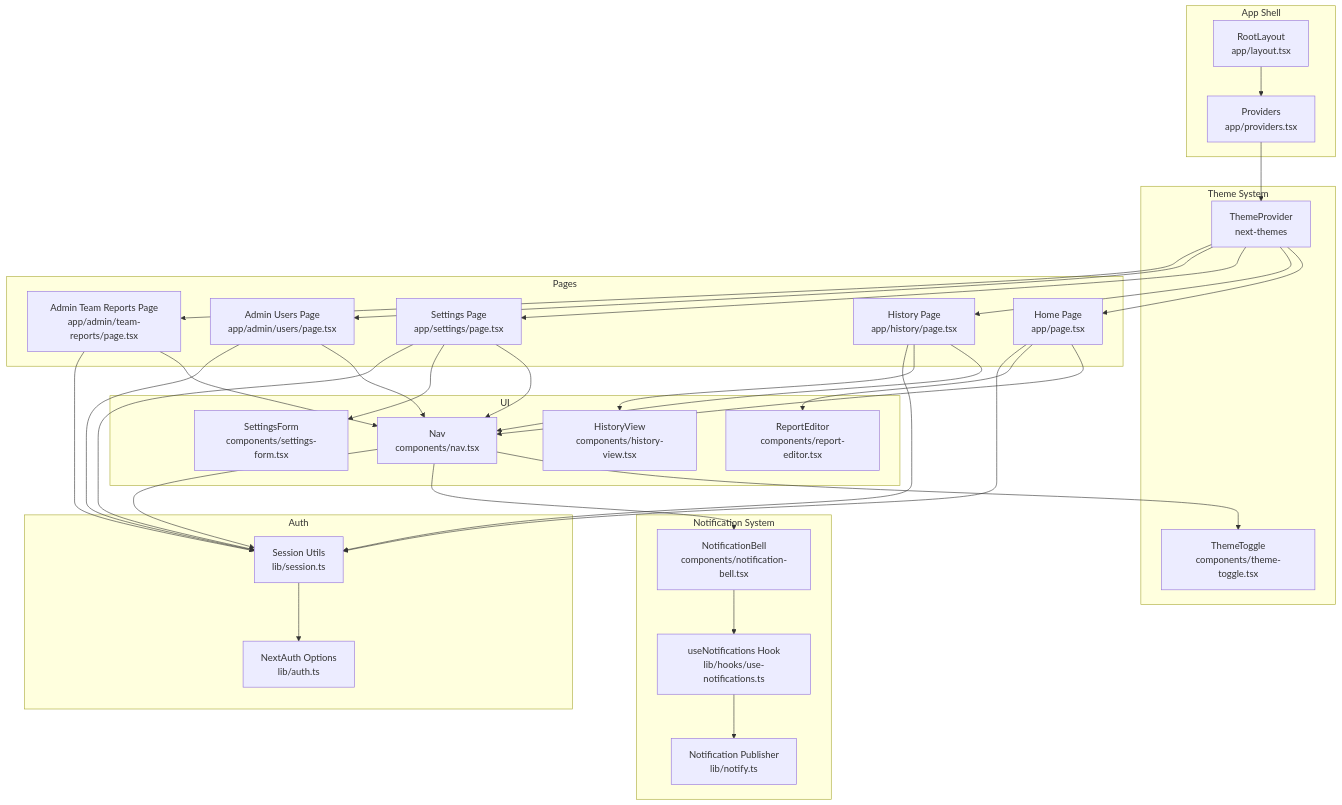
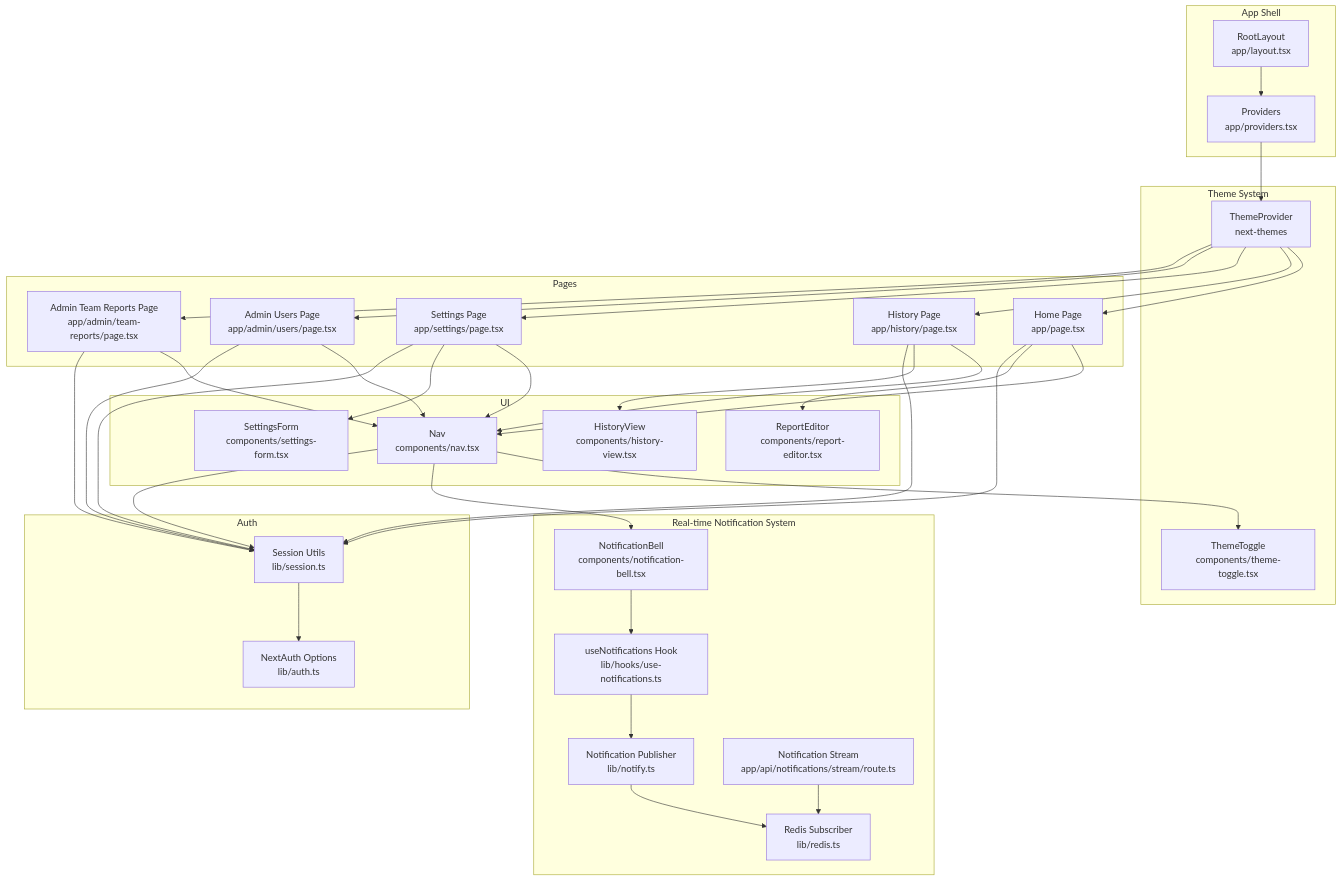
The first of 10 diagrams in .qoder/repowiki/en/content/Frontend Components/Navigation and UI Elements.md (jrj444/git-daily), drawn with Mermaid before and after one commit. The commit also changed other lines of this file and 6 other files, not shown here.

````diff
--- a/.qoder/repowiki/en/content/Frontend Components/Navigation and UI Elements.md
+++ b/.qoder/repowiki/en/content/Frontend Components/Navigation and UI Elements.md
@@ -64,59 +69,63 @@
 ```mermaid
 graph TB
 subgraph "App Shell"
 L["RootLayout<br/>app/layout.tsx"]
 P["Providers<br/>app/providers.tsx"]
 end
 subgraph "Theme System"
 TP["ThemeProvider<br/>next-themes"]
 TT["ThemeToggle<br/>components/theme-toggle.tsx"]
 end
-subgraph "Notification System"
+subgraph "Real-time Notification System"
 NB["NotificationBell<br/>components/notification-bell.tsx"]
 UN["useNotifications Hook<br/>lib/hooks/use-notifications.ts"]
 NP["Notification Publisher<br/>lib/notify.ts"]
+RS["Redis Subscriber<br/>lib/redis.ts"]
+NS["Notification Stream<br/>app/api/notifications/stream/route.ts"]
 end
 subgraph "Pages"
 H["Home Page<br/>app/page.tsx"]
 HI["History Page<br/>app/history/page.tsx"]
 S["Settings Page<br/>app/settings/page.tsx"]
 AU["Admin Users Page<br/>app/admin/users/page.tsx"]
 AT["Admin Team Reports Page<br/>app/admin/team-reports/page.tsx"]
 end
 subgraph "UI"
 N["Nav<br/>components/nav.tsx"]
 RE["ReportEditor<br/>components/report-editor.tsx"]
 HF["HistoryView<br/>components/history-view.tsx"]
 SF["SettingsForm<br/>components/settings-form.tsx"]
 end
 subgraph "Auth"
 AO["NextAuth Options<br/>lib/auth.ts"]
 SESS["Session Utils<br/>lib/session.ts"]
 end
 L --> P
 P --> TP
 TP --> H
 TP --> HI
 TP --> S
 TP --> AU
 TP --> AT
 H --> N
 HI --> N
 S --> N
 AU --> N
 AT --> N
 H --> RE
 HI --> HF
 S --> SF
 N --> TT
 N --> NB
 N --> SESS
 H --> SESS
 HI --> SESS
 S --> SESS
 AU --> SESS
 AT --> SESS
 SESS --> AO
 NB --> UN
 UN --> NP
+NP --> RS
+NS --> RS
 ```
````
